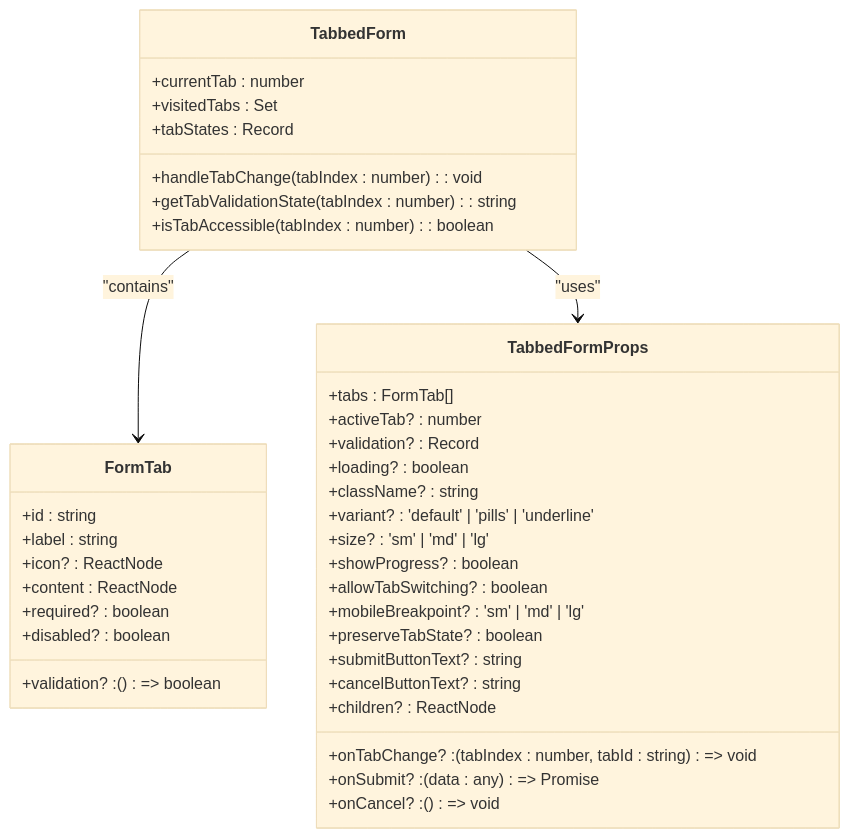
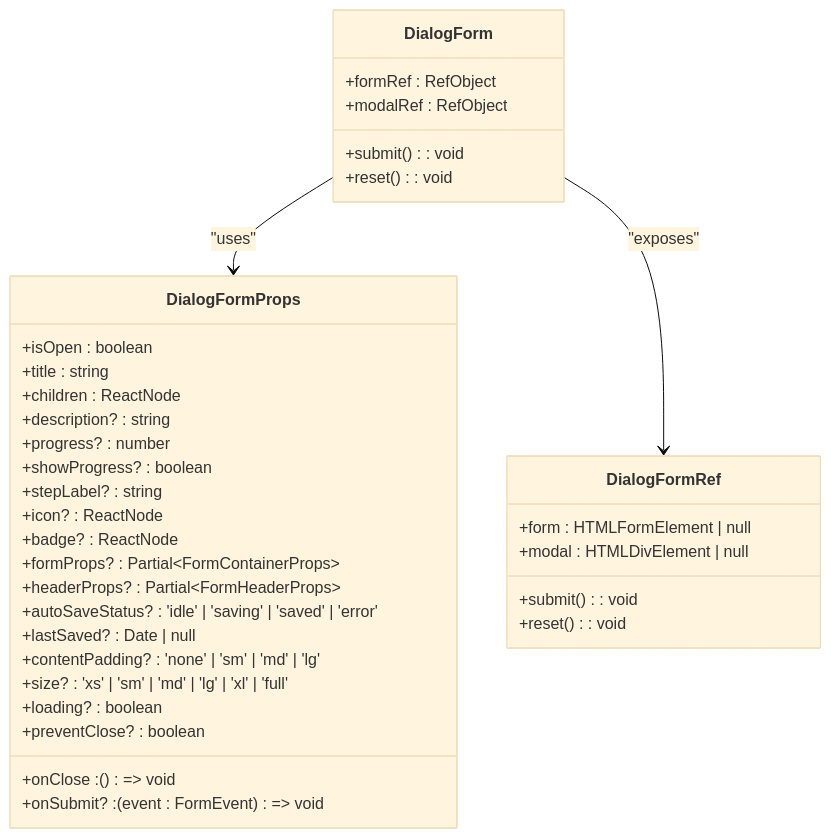
Before and after one commit to geniusdynamics/schoolpilot: the second of 12 diagrams in .qoder/repowiki/en/content/UI Component Library/Form Components.md, drawn with Mermaid (base theme). The commit also changed other lines of this file and 6 other files, not shown here.

````diff
--- a/.qoder/repowiki/en/content/UI Component Library/Form Components.md
+++ b/.qoder/repowiki/en/content/UI Component Library/Form Components.md
@@ -75,41 +97,38 @@
 ```mermaid
 classDiagram
-class FormTab {
-+id : string
-+label : string
+class DialogFormProps {
++isOpen : boolean
++onClose : () => void
++title : string
++children : ReactNode
++description? : string
++progress? : number
++showProgress? : boolean
++stepLabel? : string
 +icon? : ReactNode
-+content : ReactNode
-+validation? : () => boolean
-+required? : boolean
-+disabled? : boolean
++badge? : ReactNode
++onSubmit? : (event : FormEvent) => void
++formProps? : Partial~FormContainerProps~
++headerProps? : Partial~FormHeaderProps~
++autoSaveStatus? : 'idle' | 'saving' | 'saved' | 'error'
++lastSaved? : Date | null
++contentPadding? : 'none' | 'sm' | 'md' | 'lg'
++size? : 'xs' | 'sm' | 'md' | 'lg' | 'xl' | 'full'
++loading? : boolean
++preventClose? : boolean
 }
-class TabbedFormProps {
-+tabs : FormTab[]
-+activeTab? : number
-+onTabChange? : (tabIndex : number, tabId : string) => void
-+validation? : Record<string, boolean>
-+onSubmit? : (data : any) => Promise<void>
-+loading? : boolean
-+className? : string
-+variant? : 'default' | 'pills' | 'underline'
-+size? : 'sm' | 'md' | 'lg'
-+showProgress? : boolean
-+allowTabSwitching? : boolean
-+mobileBreakpoint? : 'sm' | 'md' | 'lg'
-+preserveTabState? : boolean
-+submitButtonText? : string
-+cancelButtonText? : string
-+onCancel? : () => void
-+children? : ReactNode
+class DialogFormRef {
++form : HTMLFormElement | null
++modal : HTMLDivElement | null
++submit() : void
++reset() : void
 }
-class TabbedForm {
-+currentTab : number
-+visitedTabs : Set<number>
-+tabStates : Record<string, any>
-+handleTabChange(tabIndex : number) : void
-+getTabValidationState(tabIndex : number) : string
-+isTabAccessible(tabIndex : number) : boolean
+class DialogForm {
++formRef : RefObject
++modalRef : RefObject
++submit() : void
++reset() : void
 }
-TabbedForm --> FormTab : "contains"
-TabbedForm --> TabbedFormProps : "uses"
+DialogForm --> DialogFormProps : "uses"
+DialogForm --> DialogFormRef : "exposes"
 ```
````
